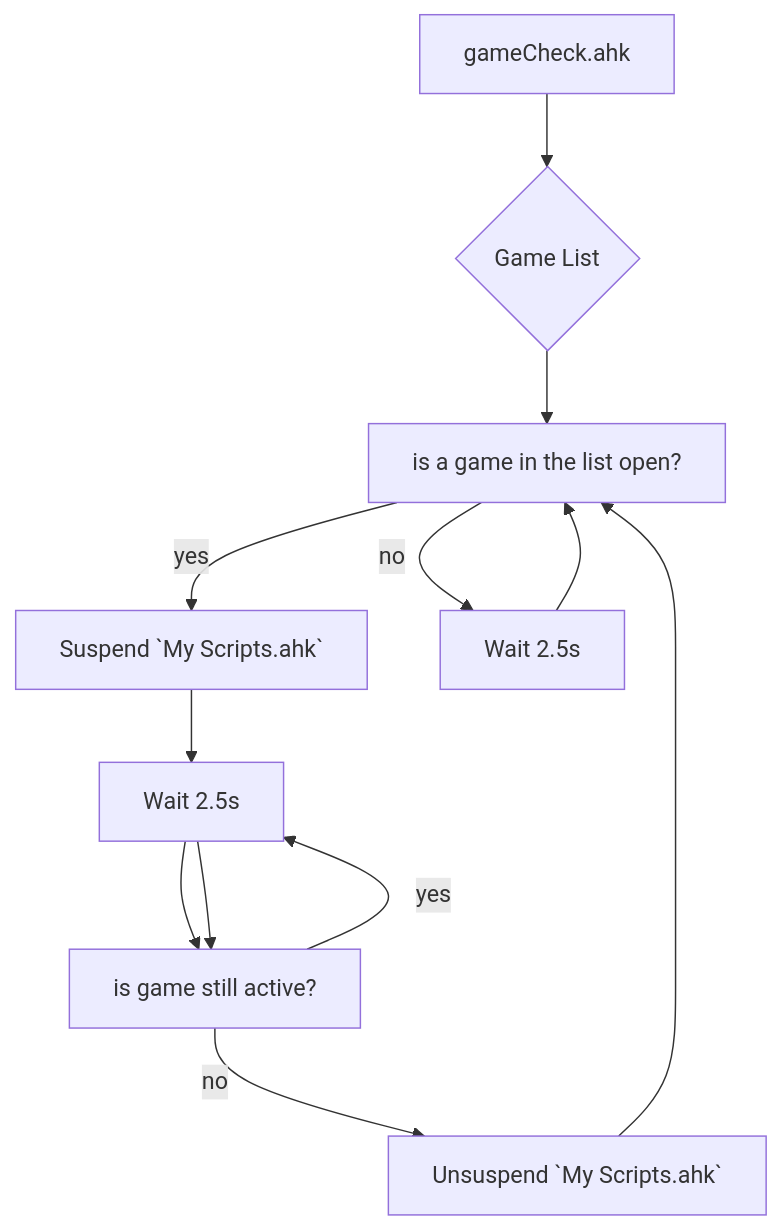
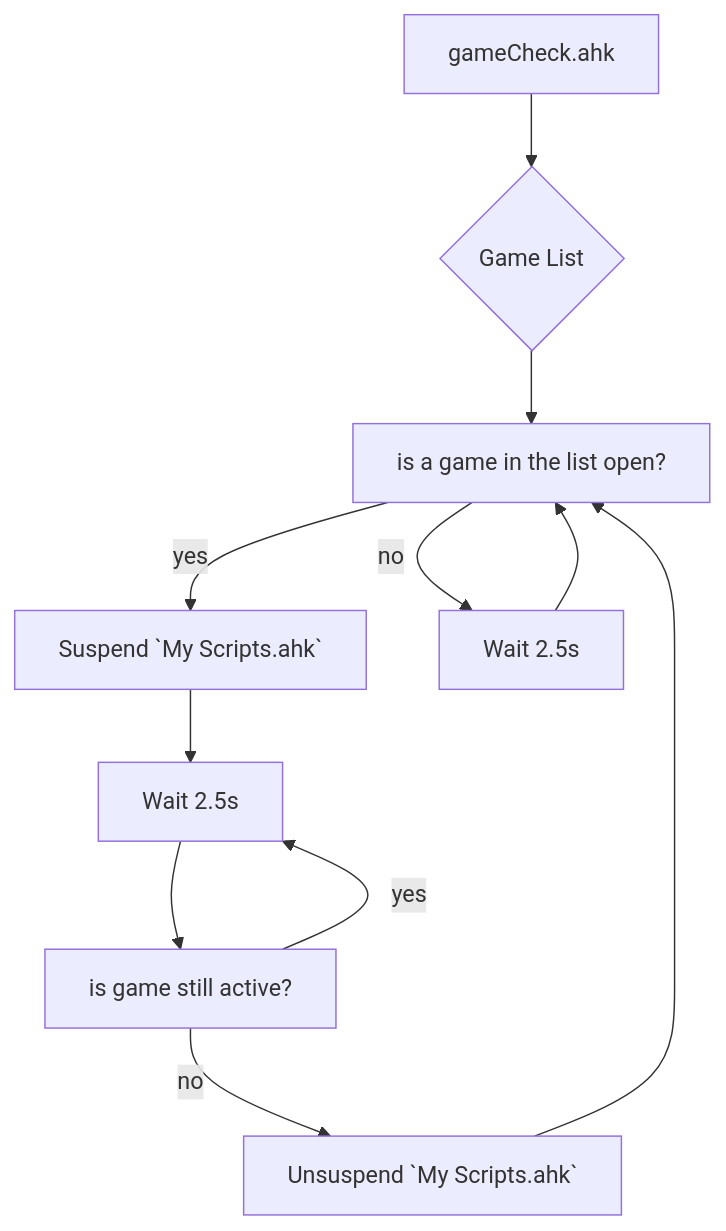
Before and after one commit to Tomshiii/ahk: the first of 2 diagrams in README.md, drawn with Mermaid. The commit also changed other lines of this file and 1 other file, not shown here.

````diff
--- a/README.md
+++ b/README.md
@@ -70,13 +70,13 @@
 ```mermaid
   graph TD;
       A[gameCheck.ahk]-->B{Game List};
       B --> C[is a game in the list open?];
 
       C -- yes --> D[Suspend `My Scripts.ahk`]
       C -- no --> E[Wait 2.5s] --> C
 
       D --> H --> F[is game still active?]
-      F -- yes --> H[Wait 2.5s] --> F
+      F -- yes --> H[Wait 2.5s]
       F -- no --> G[Unsuspend `My Scripts.ahk`]
       G --> C
 ```
````
